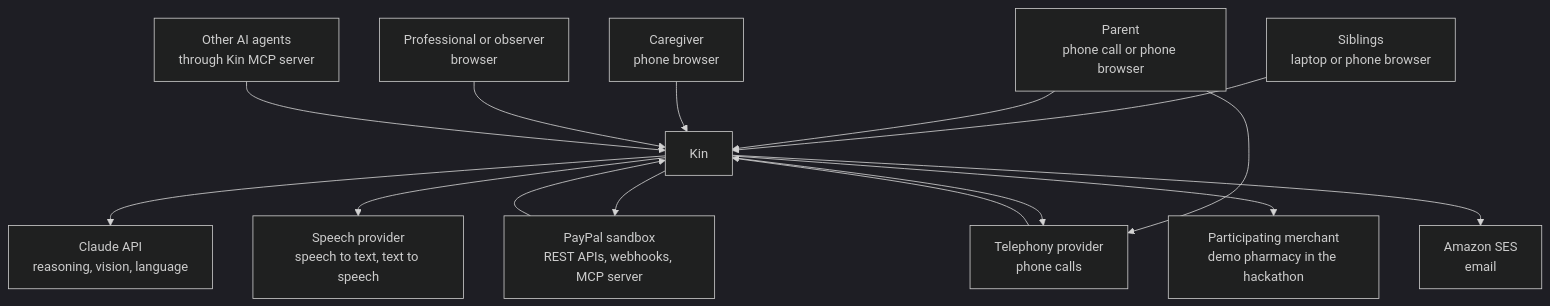
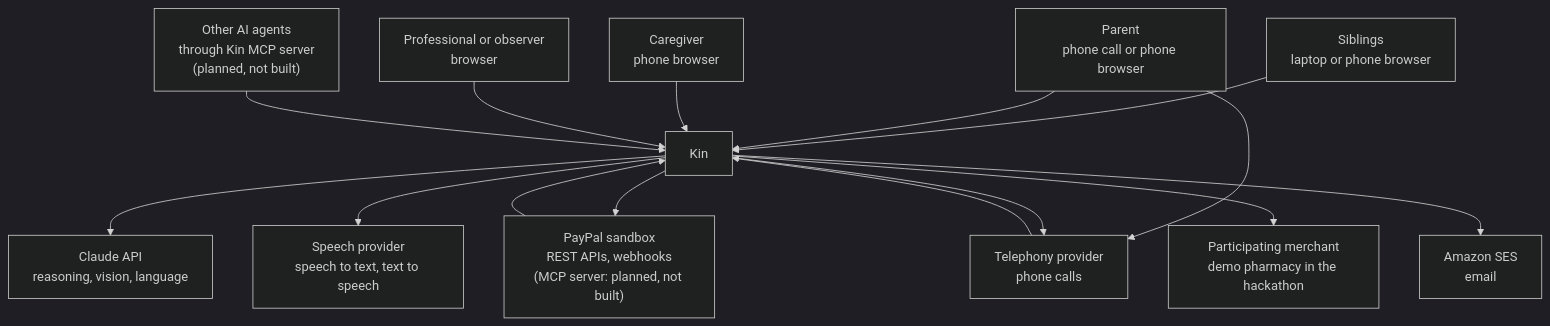
One commit to rogerjeasy/kin changed the first of 20 diagrams in docs/architecture.md. Above: the diagram before and after it, drawn with Mermaid (dark theme). The commit also changed other lines of this file and 6 other files, not shown here.

````diff
--- a/docs/architecture.md
+++ b/docs/architecture.md
@@ -68,33 +70,33 @@
 ```mermaid
 flowchart TB
     sib["Siblings<br/>laptop or phone browser"]
     par["Parent<br/>phone call or phone browser"]
     care["Caregiver<br/>phone browser"]
     pro["Professional or observer<br/>browser"]
-    ext["Other AI agents<br/>through Kin MCP server"]
+    ext["Other AI agents<br/>through Kin MCP server<br/>(planned, not built)"]
 
     kin["Kin"]
 
-    pp["PayPal sandbox<br/>REST APIs, webhooks, MCP server"]
+    pp["PayPal sandbox<br/>REST APIs, webhooks<br/>(MCP server: planned, not built)"]
     claude["Claude API<br/>reasoning, vision, language"]
     speech["Speech provider<br/>speech to text, text to speech"]
     tel["Telephony provider<br/>phone calls"]
     merch["Participating merchant<br/>demo pharmacy in the hackathon"]
     mail["Amazon SES<br/>email"]
 
     sib --> kin
     par --> tel
     tel --> kin
     par --> kin
     care --> kin
     pro --> kin
     ext --> kin
 
     kin --> pp
     pp --> kin
     kin --> claude
     kin --> speech
     kin --> tel
     kin --> merch
     kin --> mail
 ```
````
